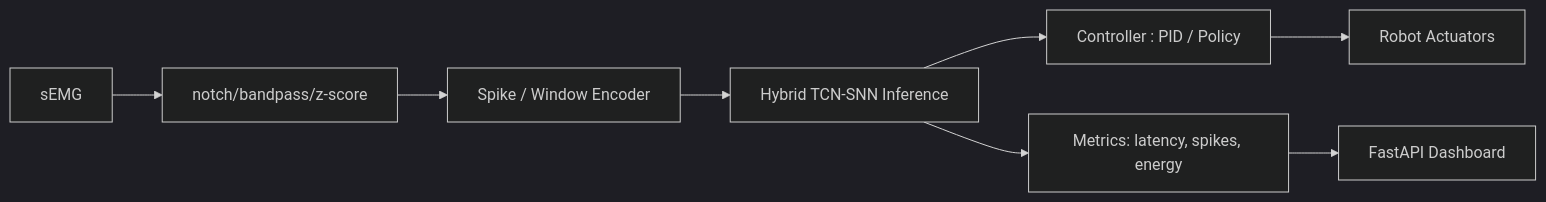
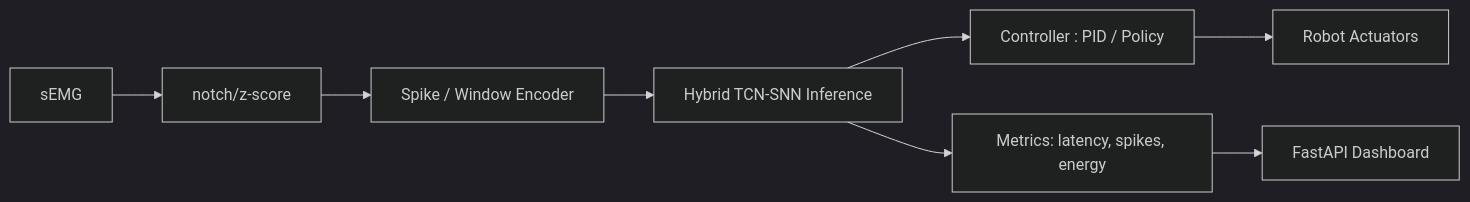
The diagram in README.md (parkjunho12/edge-snn-robot-template), drawn with Mermaid (dark theme) before and after one commit. The commit also changed 3 other files, not shown here.

````diff
--- a/README.md
+++ b/README.md
@@ -89,12 +89,12 @@
 ```mermaid
 flowchart LR
-  SENS[sEMG] --> PREPROC[notch/bandpass/z-score]
-  PREPROC[notch/bandpass/z-score] --> ENC[Spike / Window Encoder]
+  SENS[sEMG] --> PREPROC[notch/z-score]
+  PREPROC[notch/z-score] --> ENC[Spike / Window Encoder]
   ENC --> HYB[Hybrid TCN-SNN Inference]
   HYB --> CTRL[Controller : PID / Policy]
   CTRL --> ACT[Robot Actuators]
 
 
   HYB --> MET[Metrics: latency, spikes, energy]
   MET --> API_NODE[FastAPI Dashboard]
 ```
````
